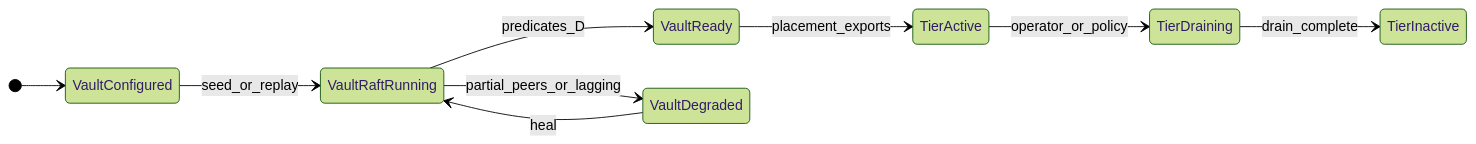
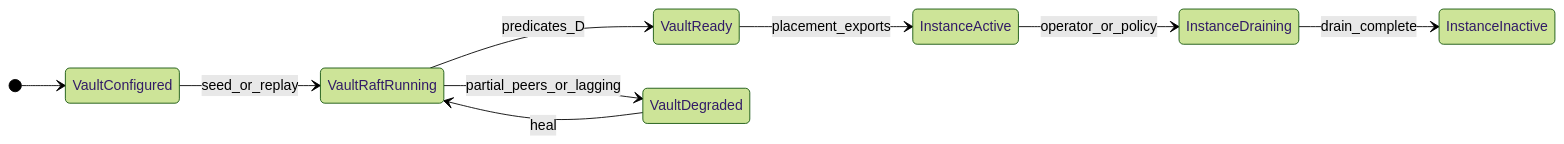
The third of 3 diagrams in docs/vault-control-plane-architecture.md (kluzzebass/gastrolog), drawn with Mermaid (forest theme) before and after one commit. The commit also changed other lines of this file and 98 other files, not shown here.

````diff
--- a/docs/vault-control-plane-architecture.md
+++ b/docs/vault-control-plane-architecture.md
@@ -202,12 +202,12 @@
 ```mermaid
 stateDiagram-v2
   direction LR
   [*] --> VaultConfigured
   VaultConfigured --> VaultRaftRunning: seed_or_replay
   VaultRaftRunning --> VaultReady: predicates_D
   VaultRaftRunning --> VaultDegraded: partial_peers_or_lagging
   VaultDegraded --> VaultRaftRunning: heal
-  VaultReady --> TierActive: placement_exports
-  TierActive --> TierDraining: operator_or_policy
-  TierDraining --> TierInactive: drain_complete
+  VaultReady --> InstanceActive: placement_exports
+  InstanceActive --> InstanceDraining: operator_or_policy
+  InstanceDraining --> InstanceInactive: drain_complete
 ```
````
